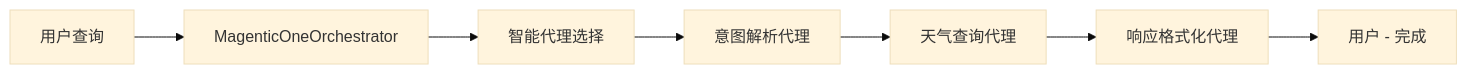
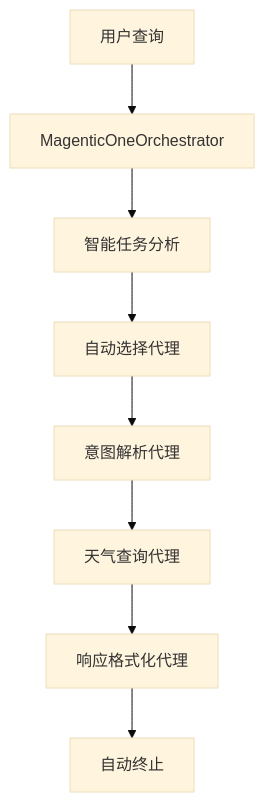
The third of 3 diagrams in README.md (fsckthis/weather_autogen), drawn with Mermaid (base theme) before and after one commit. The commit also changed other lines of this file, not shown here.

````diff
--- a/README.md
+++ b/README.md
@@ -91,9 +181,10 @@
 ```mermaid
-graph LR
+graph TD
     A[用户查询] --> B[MagenticOneOrchestrator]
-    B --> C[智能代理选择]
-    C --> D[意图解析代理]
-    D --> E[天气查询代理] 
-    E --> F[响应格式化代理]
-    F --> G[用户 - 完成]
+    B --> C[智能任务分析]
+    C --> D[自动选择代理]
+    D --> E[意图解析代理]
+    E --> F[天气查询代理]
+    F --> G[响应格式化代理]
+    G --> H[自动终止]
 ```
````
